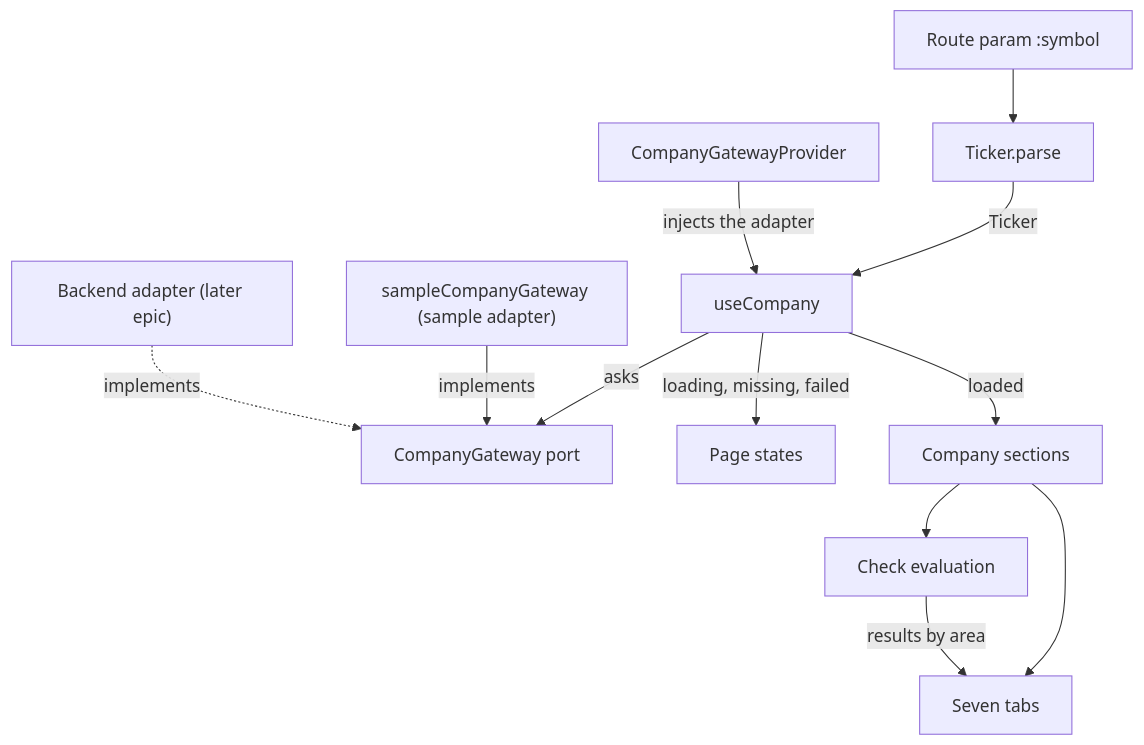
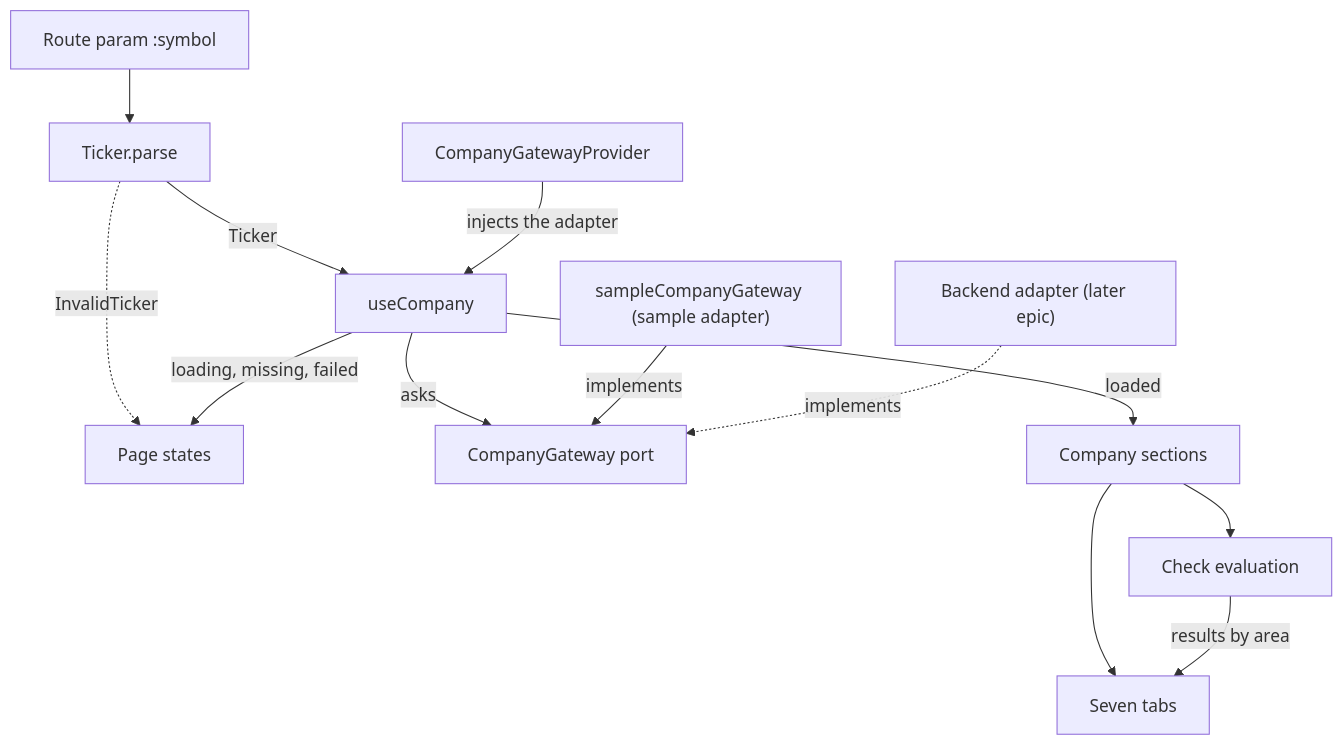
One commit to ironcapitaleu/frontend changed the diagram in DESIGN.md. Above: the diagram before and after it, drawn with Mermaid. The commit also changed other lines of this file, not shown here.

````diff
--- a/DESIGN.md
+++ b/DESIGN.md
@@ -361,14 +371,15 @@
 ```mermaid
 flowchart TD
     route["Route param :symbol"] --> parse["Ticker.parse"]
     parse -->|Ticker| hook["useCompany"]
+    parse -.->|InvalidTicker| states["Page states"]
     provider["CompanyGatewayProvider"] -->|injects the adapter| hook
     hook -->|asks| port["CompanyGateway port"]
     sample["sampleCompanyGateway (sample adapter)"] -->|implements| port
     backend["Backend adapter (later epic)"] -.->|implements| port
     hook -->|"loading, missing, failed"| states["Page states"]
     hook -->|loaded| sections["Company sections"]
     sections --> checks["Check evaluation"]
     sections --> tabs["Seven tabs"]
     checks -->|results by area| tabs
 ```
````
